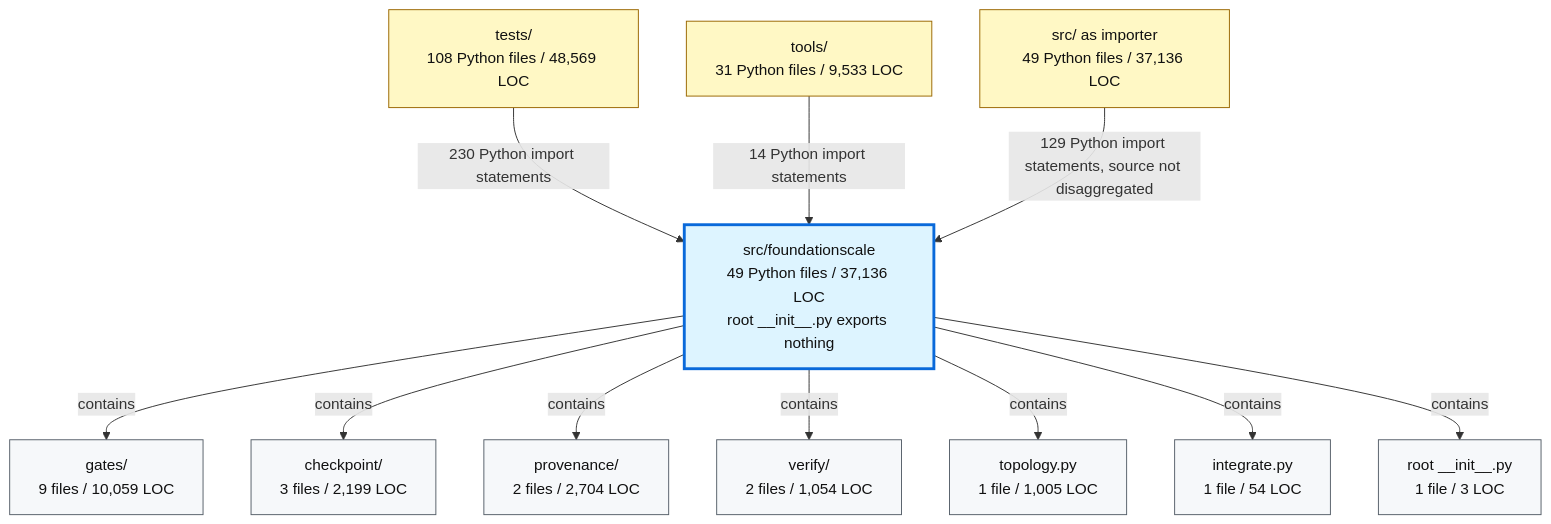
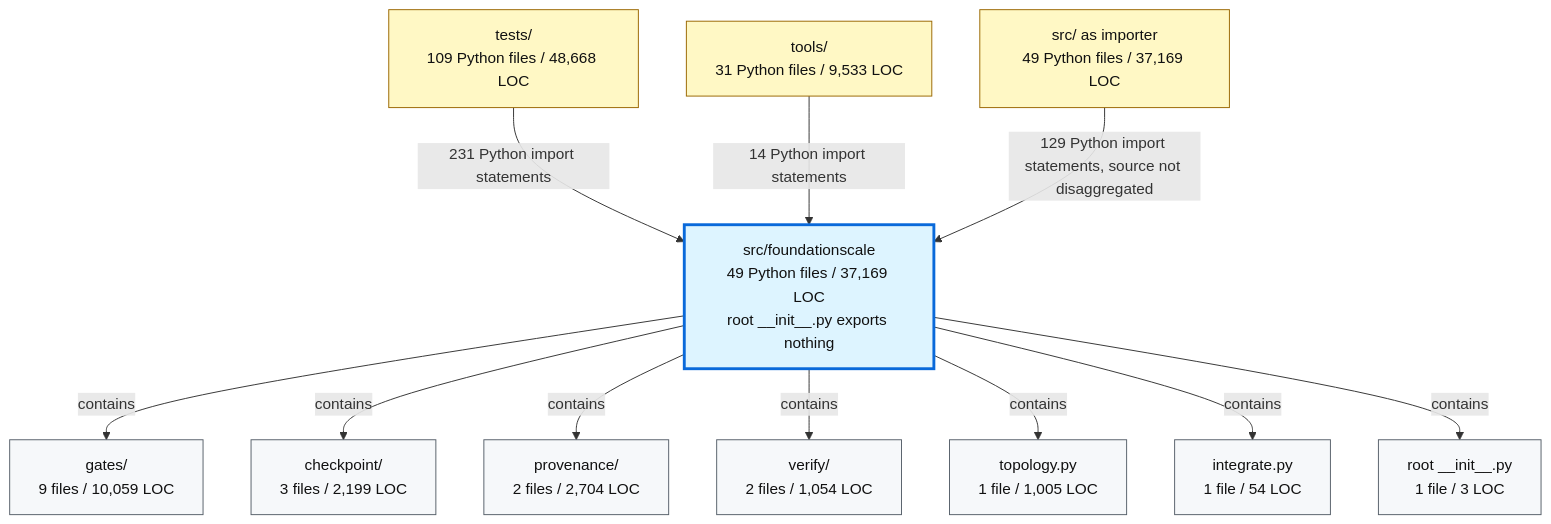
Before and after one commit to TranNhiem/FoundationScale: the second of 2 diagrams in docs/review/D2_current_architecture.md, drawn with Mermaid. The commit also changed other lines of this file and 13 other files, not shown here.

````diff
--- a/docs/review/D2_current_architecture.md
+++ b/docs/review/D2_current_architecture.md
@@ -97,36 +97,36 @@
 ```mermaid
 flowchart TB
-  TESTS["tests/<br/>108 Python files / 48,569 LOC"]
+  TESTS["tests/<br/>109 Python files / 48,668 LOC"]
   TOOLS["tools/<br/>31 Python files / 9,533 LOC"]
-  SRC["src/ as importer<br/>49 Python files / 37,136 LOC"]
+  SRC["src/ as importer<br/>49 Python files / 37,169 LOC"]
 
-  FS["src/foundationscale<br/>49 Python files / 37,136 LOC<br/>root __init__.py exports nothing"]
+  FS["src/foundationscale<br/>49 Python files / 37,169 LOC<br/>root __init__.py exports nothing"]
 
   GATES["gates/<br/>9 files / 10,059 LOC"]
   CKPT["checkpoint/<br/>3 files / 2,199 LOC"]
   PROV["provenance/<br/>2 files / 2,704 LOC"]
   VERIFY["verify/<br/>2 files / 1,054 LOC"]
   TOPO["topology.py<br/>1 file / 1,005 LOC"]
   INTEG["integrate.py<br/>1 file / 54 LOC"]
   ROOT["root __init__.py<br/>1 file / 3 LOC"]
 
-  TESTS -->|"230 Python import statements"| FS
+  TESTS -->|"231 Python import statements"| FS
   TOOLS -->|"14 Python import statements"| FS
   SRC -->|"129 Python import statements, source not disaggregated"| FS
 
   FS -->|"contains"| GATES
   FS -->|"contains"| CKPT
   FS -->|"contains"| PROV
   FS -->|"contains"| VERIFY
   FS -->|"contains"| TOPO
   FS -->|"contains"| INTEG
   FS -->|"contains"| ROOT
 
   classDef consumer fill:#fff8c5,stroke:#9a6700,color:#111;
   classDef package fill:#ddf4ff,stroke:#0969da,stroke-width:3px,color:#111;
   classDef module fill:#f6f8fa,stroke:#57606a,color:#111;
 
   class TESTS,TOOLS,SRC consumer;
   class FS package;
   class GATES,CKPT,PROV,VERIFY,TOPO,INTEG,ROOT module;
 ```
````
